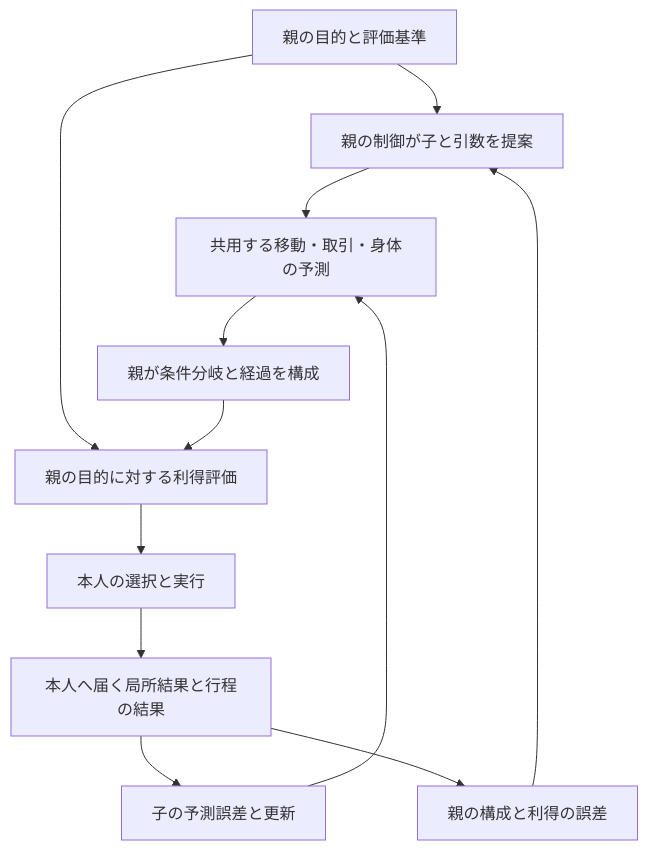
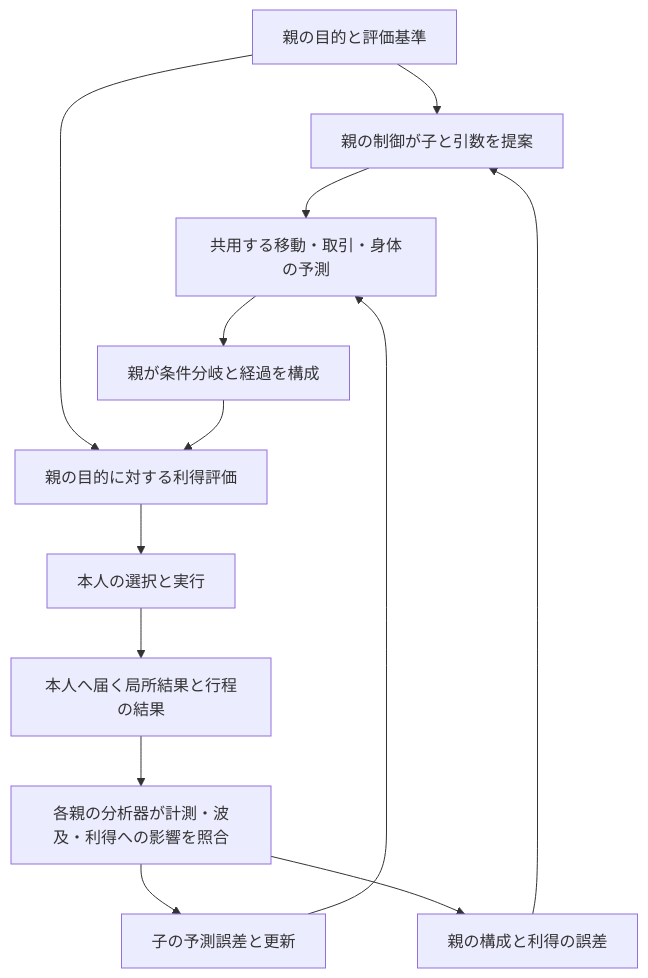
One commit to demerzel09/Medieval-Simulator changed the diagram in docs/foundations/HMOSAIC_VALUE_AND_FEEDBACK_DESIGN.md. Above: the diagram before and after it, drawn with Mermaid. The commit also changed other lines of this file and 2 other files, not shown here.

````diff
--- a/docs/foundations/HMOSAIC_VALUE_AND_FEEDBACK_DESIGN.md
+++ b/docs/foundations/HMOSAIC_VALUE_AND_FEEDBACK_DESIGN.md
@@ -49,14 +49,15 @@
 ```mermaid
 flowchart TD
   Goal[親の目的と評価基準] --> Controller[親の制御が子と引数を提案]
   Controller --> Children[共用する移動・取引・身体の予測]
   Children --> Compose[親が条件分岐と経過を構成]
   Goal --> Value[親の目的に対する利得評価]
   Compose --> Value
   Value --> Selection[本人の選択と実行]
   Selection --> Observation[本人へ届く局所結果と行程の結果]
-  Observation --> Local[子の予測誤差と更新]
-  Observation --> Parent[親の構成と利得の誤差]
+  Observation --> Analyzer[各親の分析器が計測・波及・利得への影響を照合]
+  Analyzer --> Local[子の予測誤差と更新]
+  Analyzer --> Parent[親の構成と利得の誤差]
   Parent --> Controller
   Local --> Children
 ```
````
